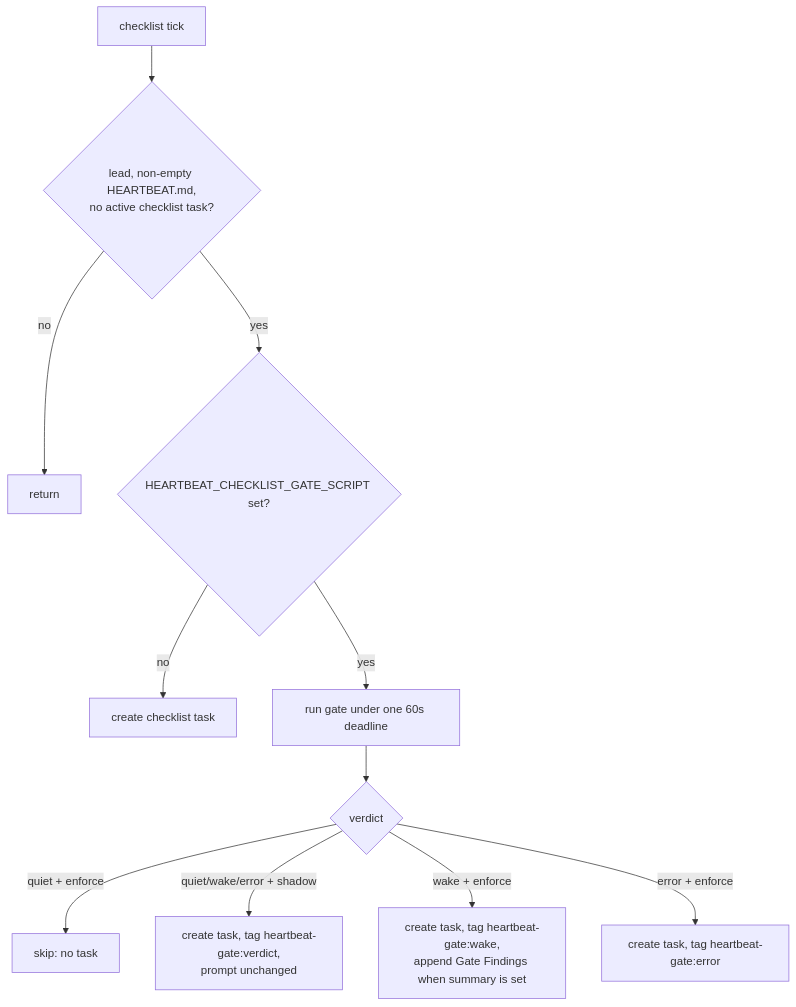
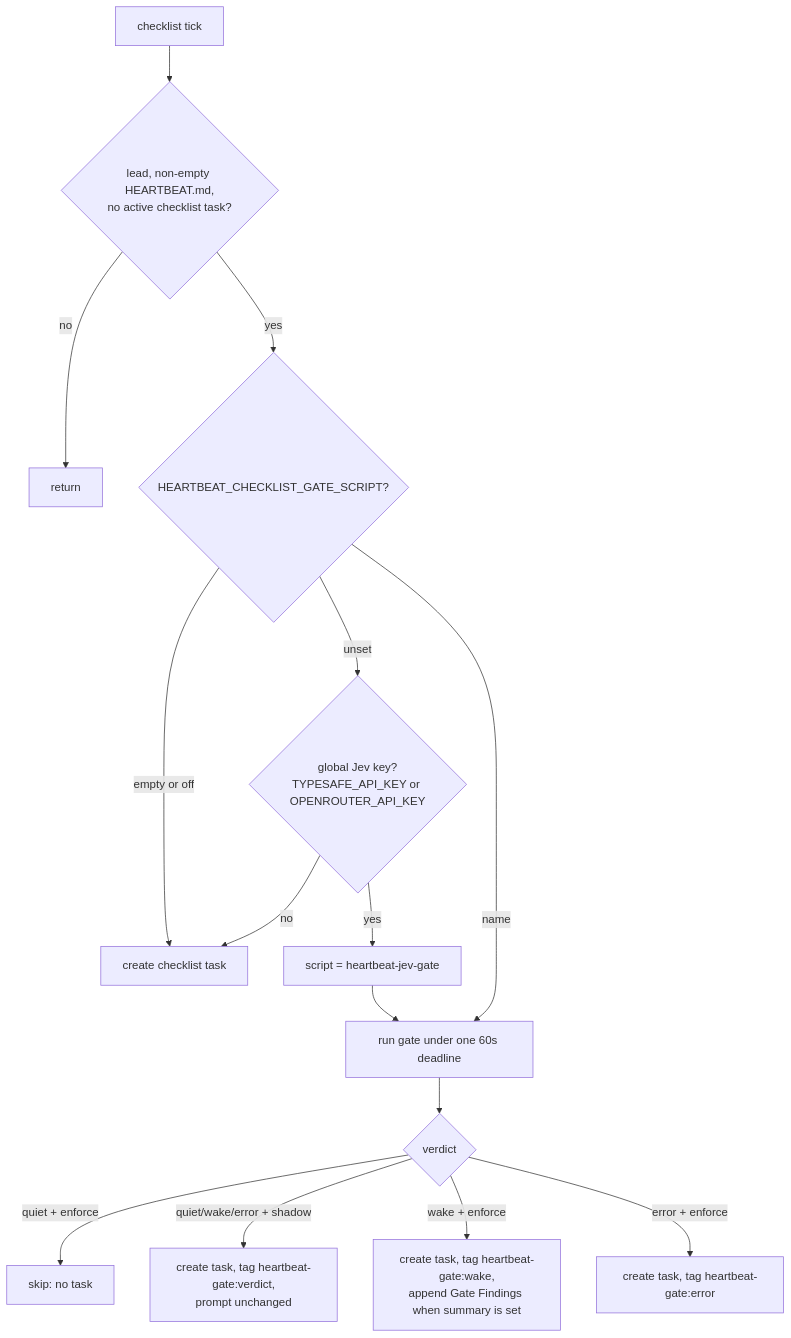
Before and after one commit to desplega-ai/agent-swarm: the seventh of 7 diagrams in runbooks/heartbeat-crash-recovery.md, drawn with Mermaid. The commit also changed other lines of this file and 9 other files, not shown here.

First line of the commit message:
feat(heartbeat): ship heartbeat hygiene and the Jev gate by default

````diff
--- a/runbooks/heartbeat-crash-recovery.md
+++ b/runbooks/heartbeat-crash-recovery.md
@@ -819,13 +819,17 @@
 ```mermaid
 flowchart TD
   T[checklist tick] --> D{lead, non-empty HEARTBEAT.md,<br/>no active checklist task?}
   D -- no --> X[return]
-  D -- yes --> G{HEARTBEAT_CHECKLIST_GATE_SCRIPT set?}
-  G -- no --> C[create checklist task]
-  G -- yes --> R[run gate under one 60s deadline]
+  D -- yes --> G{HEARTBEAT_CHECKLIST_GATE_SCRIPT?}
+  G -- "empty or off" --> C[create checklist task]
+  G -- unset --> K{global Jev key?<br/>TYPESAFE_API_KEY or OPENROUTER_API_KEY}
+  K -- no --> C
+  K -- yes --> RJ[script = heartbeat-jev-gate]
+  RJ --> R
+  G -- name --> R[run gate under one 60s deadline]
   R --> V{verdict}
   V -- quiet + enforce --> S[skip: no task]
   V -- quiet/wake/error + shadow --> CT[create task, tag heartbeat-gate:verdict,<br/>prompt unchanged]
   V -- wake + enforce --> CF[create task, tag heartbeat-gate:wake,<br/>append Gate Findings when summary is set]
   V -- error + enforce --> CE[create task, tag heartbeat-gate:error]
 ```
````
